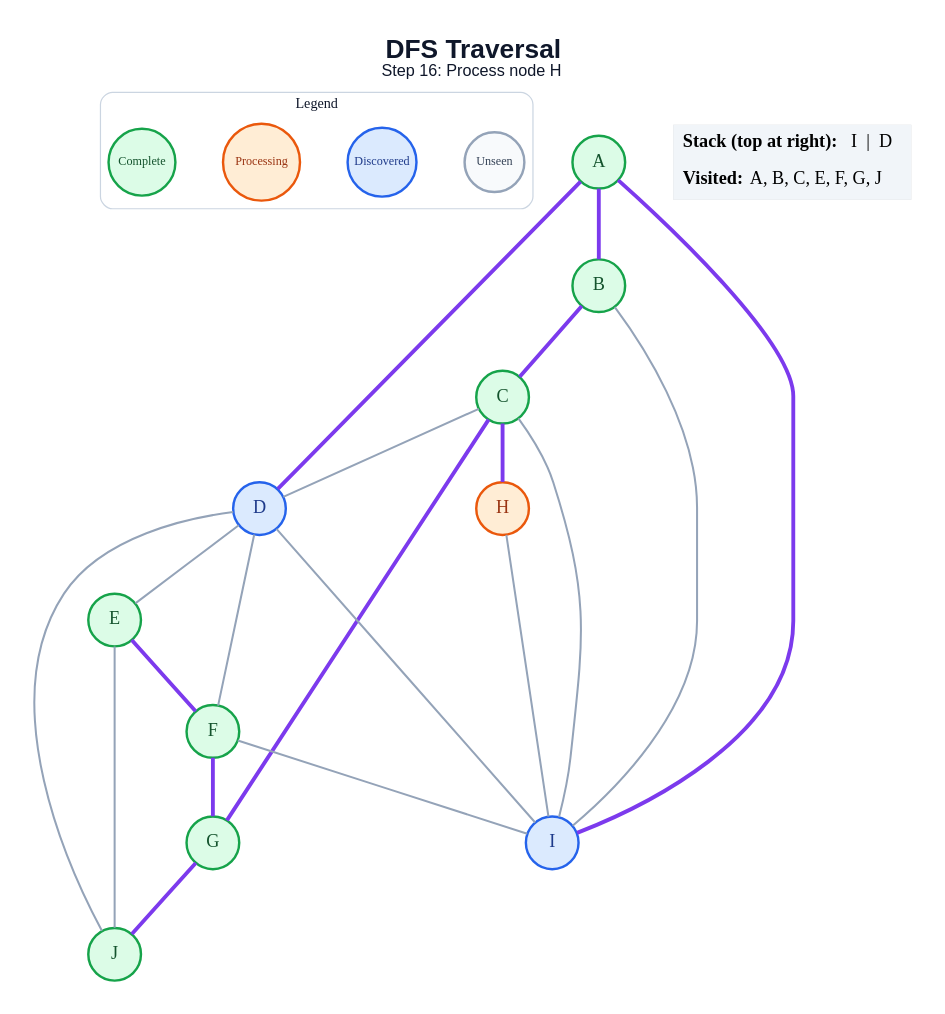
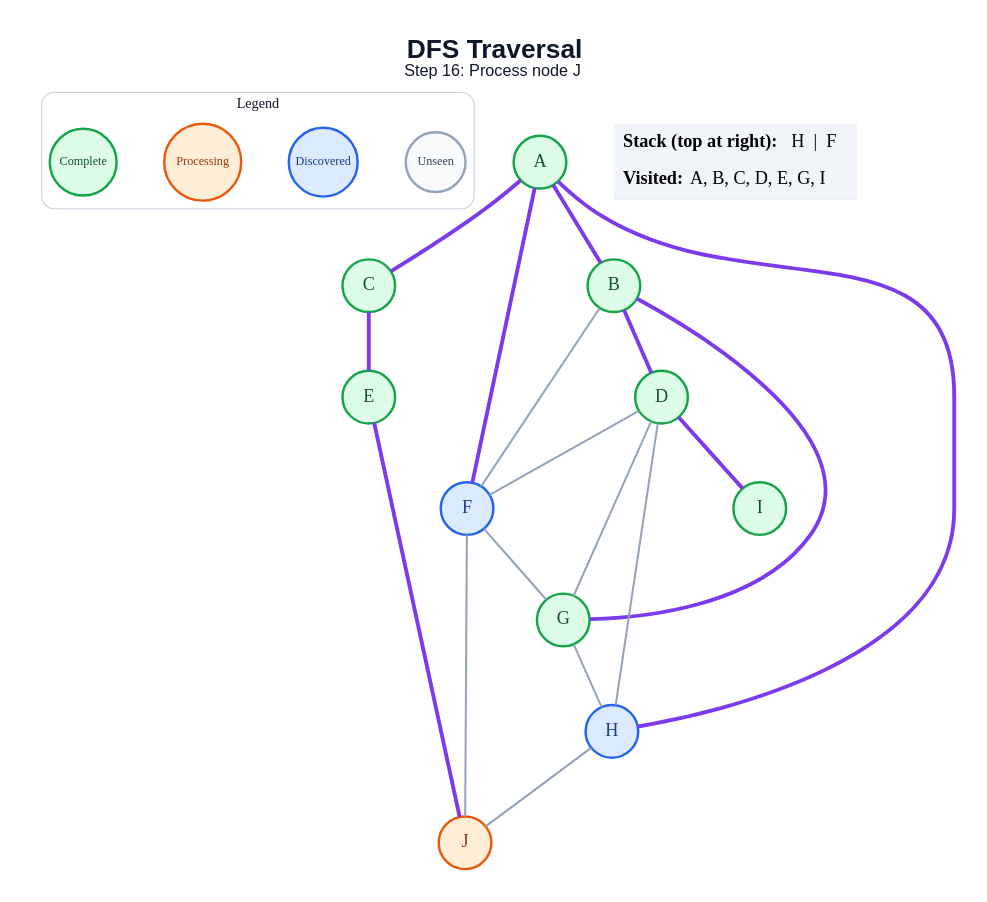
One commit to anon7238593-create/ai-slop changed the diagram in generated/dfs/step_16.dot. Above: the diagram before and after it, drawn with Graphviz. The commit also changed 171 other files, not shown here.

```diff
--- a/generated/dfs/step_16.dot
+++ b/generated/dfs/step_16.dot
@@ -1,48 +1,46 @@
 graph traversal {
   graph [layout=dot, rankdir=TB, bgcolor="#FFFFFF", pad="0.35", nodesep="0.65", ranksep="0.8", fontname="Arial"];
   node [shape=circle, style="filled", fontname="Arial Bold", fontsize=18, width=0.72, fixedsize=true, penwidth=2.4];
   edge [color="#94A3B8", penwidth=2.0];
-  label=<<B>DFS Traversal</B><BR/><FONT POINT-SIZE="16">Step 16: Process node H</FONT>>; labelloc="t"; fontsize=26; fontname="Arial"; fontcolor="#0F172A";
+  label=<<B>DFS Traversal</B><BR/><FONT POINT-SIZE="16">Step 16: Process node J</FONT>>; labelloc="t"; fontsize=26; fontname="Arial"; fontcolor="#0F172A";
   subgraph cluster_legend { label="Legend"; color="#CBD5E1"; penwidth=1.2; style="rounded"; fontsize=14; fontname="Arial Bold";
     key_unseen [label="Unseen", fillcolor="#F8FAFC", color="#94A3B8", fontcolor="#334155", fontsize=12, width=0.82];
     key_frontier [label="Discovered", fillcolor="#DBEAFE", color="#2563EB", fontcolor="#1E3A8A", fontsize=12, width=0.95];
     key_current [label="Processing", fillcolor="#FFEDD5", color="#EA580C", fontcolor="#9A3412", fontsize=12, width=1.05];
     key_done [label="Complete", fillcolor="#DCFCE7", color="#16A34A", fontcolor="#14532D", fontsize=12, width=0.92];
     { rank=same; key_unseen; key_frontier; key_current; key_done; }
   }
   A [fillcolor="#DCFCE7", color="#16A34A", fontcolor="#14532D"];
   B [fillcolor="#DCFCE7", color="#16A34A", fontcolor="#14532D"];
   C [fillcolor="#DCFCE7", color="#16A34A", fontcolor="#14532D"];
-  D [fillcolor="#DBEAFE", color="#2563EB", fontcolor="#1E3A8A"];
+  D [fillcolor="#DCFCE7", color="#16A34A", fontcolor="#14532D"];
   E [fillcolor="#DCFCE7", color="#16A34A", fontcolor="#14532D"];
-  F [fillcolor="#DCFCE7", color="#16A34A", fontcolor="#14532D"];
+  F [fillcolor="#DBEAFE", color="#2563EB", fontcolor="#1E3A8A"];
   G [fillcolor="#DCFCE7", color="#16A34A", fontcolor="#14532D"];
-  H [fillcolor="#FFEDD5", color="#EA580C", fontcolor="#9A3412"];
-  I [fillcolor="#DBEAFE", color="#2563EB", fontcolor="#1E3A8A"];
-  J [fillcolor="#DCFCE7", color="#16A34A", fontcolor="#14532D"];
+  H [fillcolor="#DBEAFE", color="#2563EB", fontcolor="#1E3A8A"];
+  I [fillcolor="#DCFCE7", color="#16A34A", fontcolor="#14532D"];
+  J [fillcolor="#FFEDD5", color="#EA580C", fontcolor="#9A3412"];
   A -- B [color="#7C3AED", penwidth=3.8];
-  A -- D [color="#7C3AED", penwidth=3.8];
-  A -- I [color="#7C3AED", penwidth=3.8];
-  B -- C [color="#7C3AED", penwidth=3.8];
-  B -- I;
-  C -- D;
-  C -- G [color="#7C3AED", penwidth=3.8];
-  C -- H [color="#7C3AED", penwidth=3.8];
-  C -- I;
-  D -- E;
+  A -- C [color="#7C3AED", penwidth=3.8];
+  A -- F [color="#7C3AED", penwidth=3.8];
+  A -- H [color="#7C3AED", penwidth=3.8];
+  B -- D [color="#7C3AED", penwidth=3.8];
+  B -- F;
+  B -- G [color="#7C3AED", penwidth=3.8];
+  C -- E [color="#7C3AED", penwidth=3.8];
   D -- F;
-  D -- I;
-  D -- J;
-  E -- F [color="#7C3AED", penwidth=3.8];
-  E -- J;
-  F -- G [color="#7C3AED", penwidth=3.8];
-  F -- I;
-  G -- J [color="#7C3AED", penwidth=3.8];
-  H -- I;
+  D -- G;
+  D -- H;
+  D -- I [color="#7C3AED", penwidth=3.8];
+  E -- J [color="#7C3AED", penwidth=3.8];
+  F -- G;
+  F -- J;
+  G -- H;
+  H -- J;
   status [shape=plain, fixedsize=false, width=0, height=0, margin=0, label=<
     <TABLE BORDER="0" CELLBORDER="0" CELLPADDING="7" BGCOLOR="#F1F5F9">
-      <TR><TD ALIGN="LEFT"><B>Stack (top at right):</B> I  |  D</TD></TR>
-      <TR><TD ALIGN="LEFT"><B>Visited:</B> A, B, C, E, F, G, J</TD></TR>
+      <TR><TD ALIGN="LEFT"><B>Stack (top at right):</B> H  |  F</TD></TR>
+      <TR><TD ALIGN="LEFT"><B>Visited:</B> A, B, C, D, E, G, I</TD></TR>
     </TABLE>
   >];
 }
```
